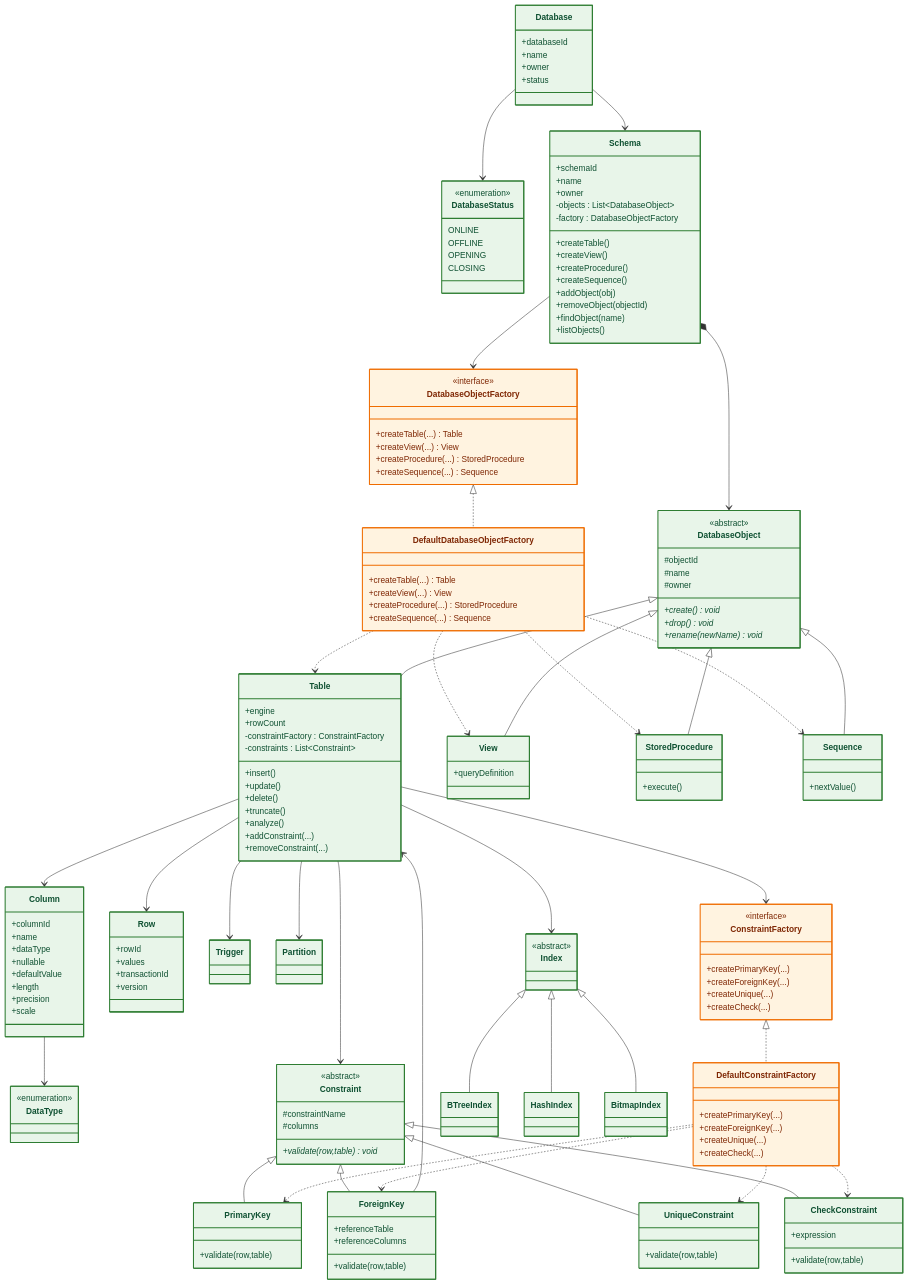
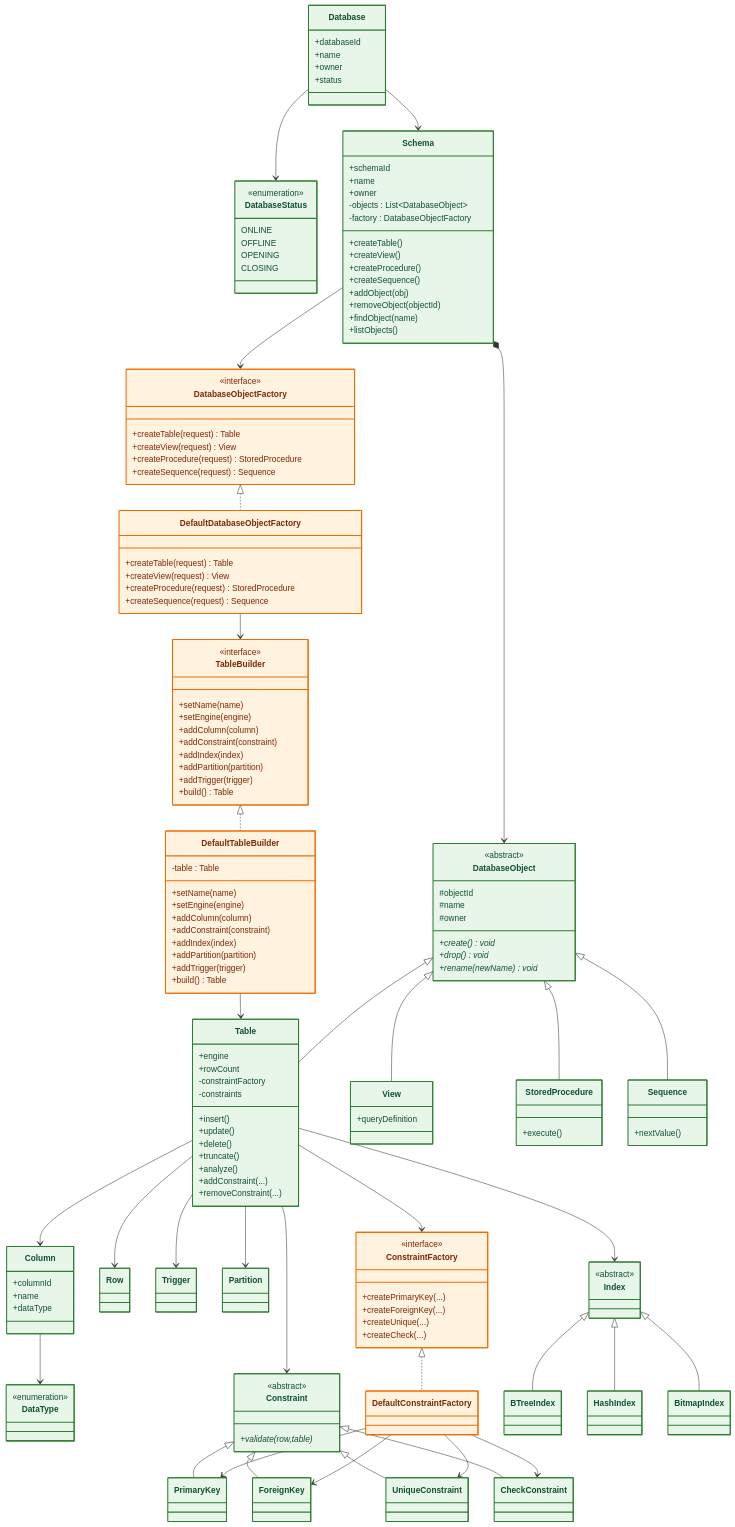
The fifth of 23 diagrams in docs/README.md (Huy1801214/dbms-architecture), drawn with Mermaid before and after one commit. The commit also changed other lines of this file and 5 other files, not shown here.

Commit message:
using builder for table

````diff
--- a/docs/README.md
+++ b/docs/README.md
@@ -813,33 +874,66 @@
 Schema *--> DatabaseObject
 
 %% =====================================================
-%% Factory Method (Database Object)
+%% Factory Method
 %% =====================================================
 
 class DatabaseObjectFactory{
     <<interface>>
 
-    +createTable(...) Table
-    +createView(...) View
-    +createProcedure(...) StoredProcedure
-    +createSequence(...) Sequence
+    +createTable(request) Table
+    +createView(request) View
+    +createProcedure(request) StoredProcedure
+    +createSequence(request) Sequence
 }
 
 class DefaultDatabaseObjectFactory{
-    +createTable(...) Table
-    +createView(...) View
-    +createProcedure(...) StoredProcedure
-    +createSequence(...) Sequence
+    +createTable(request) Table
+    +createView(request) View
+    +createProcedure(request) StoredProcedure
+    +createSequence(request) Sequence
 }
 
 Schema --> DatabaseObjectFactory
-
 DatabaseObjectFactory <|.. DefaultDatabaseObjectFactory
 
-DefaultDatabaseObjectFactory ..> Table
-DefaultDatabaseObjectFactory ..> View
-DefaultDatabaseObjectFactory ..> StoredProcedure
-DefaultDatabaseObjectFactory ..> Sequence
+%% =====================================================
+%% Builder Pattern
+%% =====================================================
+
+class TableBuilder{
+    <<interface>>
+
+    +setName(name)
+    +setEngine(engine)
+
+    +addColumn(column)
+    +addConstraint(constraint)
+    +addIndex(index)
+    +addPartition(partition)
+    +addTrigger(trigger)
+
+    +build() Table
+}
+
+class DefaultTableBuilder{
+    -table : Table
+
+    +setName(name)
+    +setEngine(engine)
+
+    +addColumn(column)
+    +addConstraint(constraint)
+    +addIndex(index)
+    +addPartition(partition)
+    +addTrigger(trigger)
+
+    +build() Table
+}
+
+TableBuilder <|.. DefaultTableBuilder
+
+DefaultDatabaseObjectFactory --> TableBuilder
+DefaultTableBuilder --> Table
 
 %% =====================================================
 %% Database Objects
@@ -849,8 +943,8 @@
     +engine
     +rowCount
 
-    -constraintFactory : ConstraintFactory
-    -constraints : List~Constraint~
+    -constraintFactory
+    -constraints
 
     +insert()
     +update()
@@ -887,19 +981,9 @@
     +columnId
     +name
     +dataType
-    +nullable
-    +defaultValue
-    +length
-    +precision
-    +scale
 }
 
-class Row{
-    +rowId
-    +values
-    +transactionId
-    +version
-}
+class Row
 
 class Trigger
 
@@ -922,33 +1006,13 @@
 
 class Constraint{
     <<abstract>>
-
-    #constraintName
-    #columns
-
-    +validate(row,table)* void
+    +validate(row,table)*
 }
 
-class PrimaryKey{
-    +validate(row,table)
-}
-
-class ForeignKey{
-    +referenceTable
-    +referenceColumns
-
-    +validate(row,table)
-}
-
-class UniqueConstraint{
-    +validate(row,table)
-}
-
-class CheckConstraint{
-    +expression
-
-    +validate(row,table)
-}
+class PrimaryKey
+class ForeignKey
+class UniqueConstraint
+class CheckConstraint
 
 Constraint <|-- PrimaryKey
 Constraint <|-- ForeignKey
@@ -957,10 +1021,8 @@
 
 Table --> Constraint
 
-ForeignKey --> Table
-
 %% =====================================================
-%% Factory Method (Constraint)
+%% Constraint Factory
 %% =====================================================
 
 class ConstraintFactory{
@@ -972,21 +1034,16 @@
     +createCheck(...)
 }
 
-class DefaultConstraintFactory{
-    +createPrimaryKey(...)
-    +createForeignKey(...)
-    +createUnique(...)
-    +createCheck(...)
-}
+class DefaultConstraintFactory
+
+ConstraintFactory <|.. DefaultConstraintFactory
 
 Table --> ConstraintFactory
 
-ConstraintFactory <|.. DefaultConstraintFactory
-
-DefaultConstraintFactory ..> PrimaryKey
-DefaultConstraintFactory ..> ForeignKey
-DefaultConstraintFactory ..> UniqueConstraint
-DefaultConstraintFactory ..> CheckConstraint
+DefaultConstraintFactory --> PrimaryKey
+DefaultConstraintFactory --> ForeignKey
+DefaultConstraintFactory --> UniqueConstraint
+DefaultConstraintFactory --> CheckConstraint
 
 %% =====================================================
 %% Index
@@ -1034,6 +1091,8 @@
 
 style DatabaseObjectFactory fill:#fff3e0,stroke:#ef6c00,stroke-width:2px,color:#7f2704
 style DefaultDatabaseObjectFactory fill:#fff3e0,stroke:#ef6c00,stroke-width:2px,color:#7f2704
+style TableBuilder fill:#fff3e0,stroke:#ef6c00,stroke-width:2px,color:#7f2704
+style DefaultTableBuilder fill:#fff3e0,stroke:#ef6c00,stroke-width:2px,color:#7f2704
 style ConstraintFactory fill:#fff3e0,stroke:#ef6c00,stroke-width:2px,color:#7f2704
 style DefaultConstraintFactory fill:#fff3e0,stroke:#ef6c00,stroke-width:2px,color:#7f2704
 ```
````
